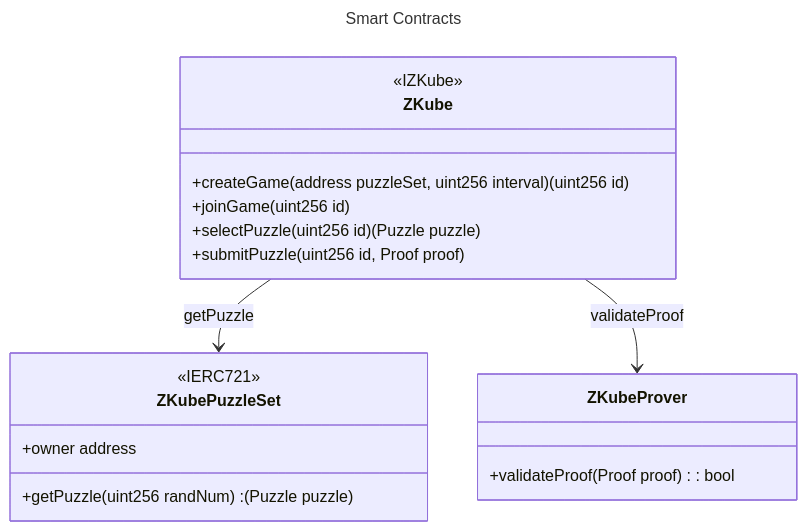
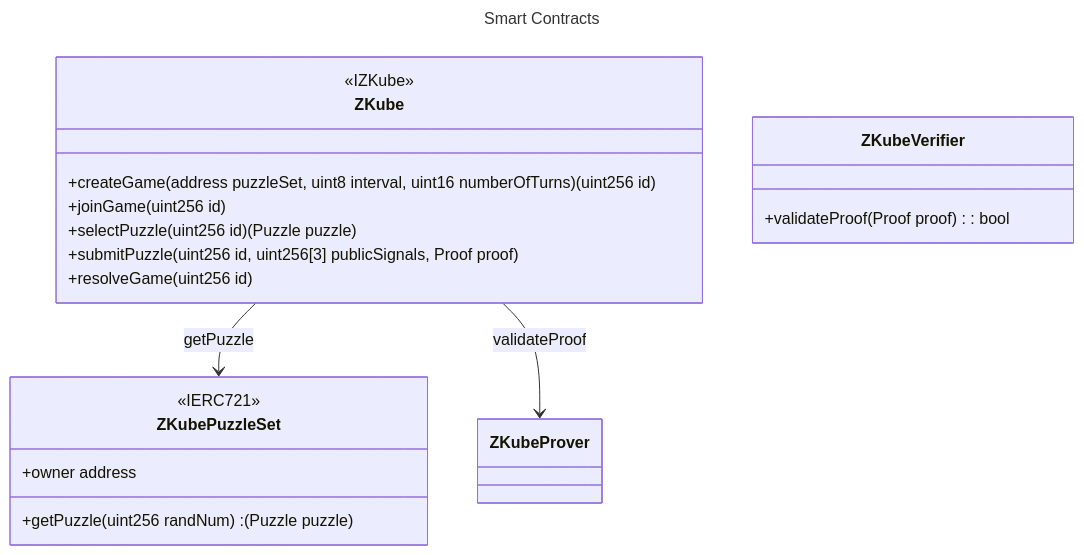
The diagram in README.md (mycenaean-n/zkomposer), drawn with Mermaid before and after one commit. The commit also changed other lines of this file and 10 other files, not shown here.

First line of the commit message:
feat: createGame + joinGame (#2)

````diff
--- a/README.md
+++ b/README.md
@@ -20,29 +20,30 @@
 ```mermaid
 ---
 title: Smart Contracts
 ---
 classDiagram
 class ZKube{
     <<IZKube>>
-    +createGame(address puzzleSet, uint256 interval) (uint256 id)
+    +createGame(address puzzleSet, uint8 interval, uint16 numberOfTurns) (uint256 id)
     +joinGame(uint256 id)
     +selectPuzzle(uint256 id) (Puzzle puzzle)
-    +submitPuzzle(uint256 id, Proof proof)
+    +submitPuzzle(uint256 id, uint256[3] publicSignals, Proof proof)
+    +resolveGame(uint256 id)
 }
 
 class ZKubePuzzleSet {
         <<IERC721>>
         +owner address
         +getPuzzle(uint256 randNum) : (Puzzle puzzle)
 } 
 
 ZKube --> ZKubePuzzleSet: getPuzzle
 
-class ZKubeProver {
+class ZKubeVerifier {
     +validateProof (Proof proof) : bool
 }
 
 ZKube --> ZKubeProver: validateProof
 
 
 ```
````
